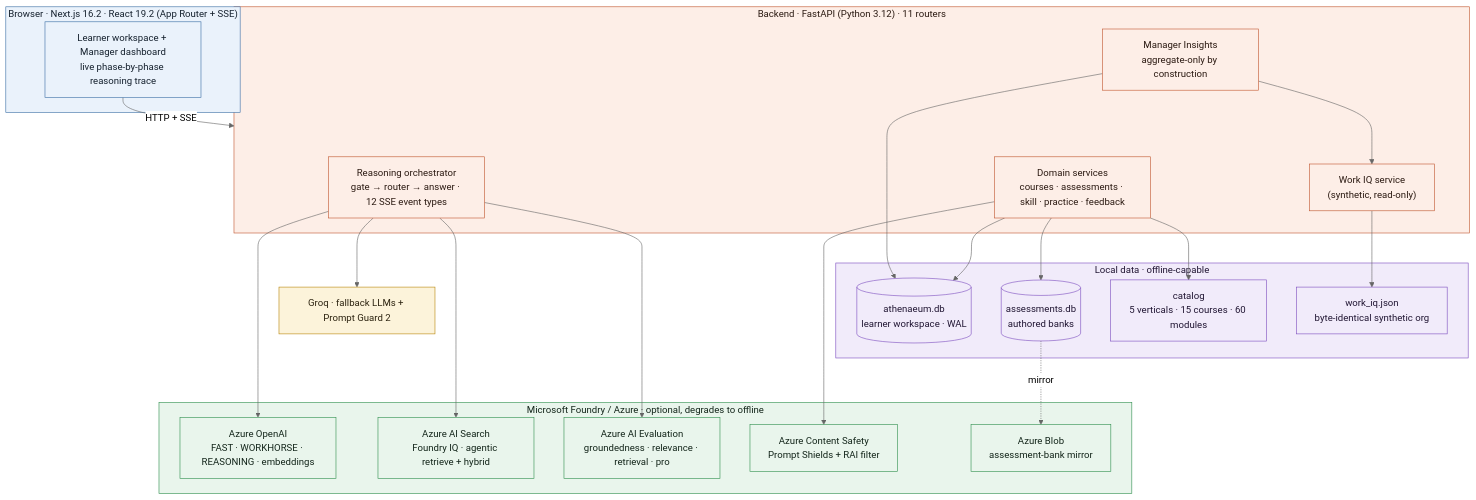
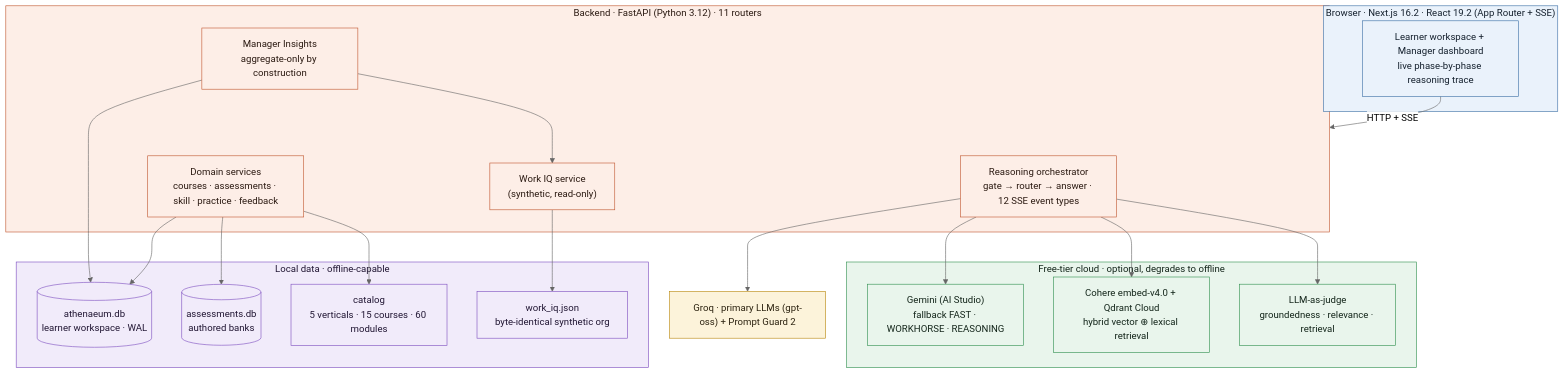
The first of 10 diagrams in README.md (NithishaVenkatesh/athenaeum-multi-agent-system), drawn with Mermaid (neutral theme) before and after one commit. The commit also changed other lines of this file and 65 other files, not shown here.

First line of the commit message:
feat: run on free-tier APIs after Azure credits ended

````diff
--- a/README.md
+++ b/README.md
@@ -88,50 +91,47 @@
 ```mermaid
 flowchart TB
     classDef client fill:#eaf2fb,stroke:#3b6ea5,color:#15212e
     classDef api fill:#fdeee7,stroke:#c0562f,color:#2b1a12
     classDef cloud fill:#e9f5ec,stroke:#2f8f4e,color:#13251a
     classDef groq fill:#fcf3da,stroke:#b8860b,color:#2c2310
     classDef data fill:#f1ebfa,stroke:#7c4dbf,color:#211633
 
     subgraph CLIENT["Browser · Next.js 16.2 · React 19.2 (App Router + SSE)"]
         UI["Learner workspace + Manager dashboard<br/>live phase-by-phase reasoning trace"]
     end
 
     subgraph BACKEND["Backend · FastAPI (Python 3.12) · 11 routers"]
         ORCH["Reasoning orchestrator<br/>gate → router → answer · 12 SSE event types"]
         DOM["Domain services<br/>courses · assessments · skill · practice · feedback"]
         MGR["Manager Insights<br/>aggregate-only by construction"]
         WIQ["Work IQ service<br/>(synthetic, read-only)"]
     end
 
-    subgraph CLOUD["Microsoft Foundry / Azure · optional, degrades to offline"]
-        AOAI["Azure OpenAI<br/>FAST · WORKHORSE · REASONING · embeddings"]
-        SRCH["Azure AI Search<br/>Foundry IQ · agentic retrieve + hybrid"]
-        EVAL["Azure AI Evaluation<br/>groundedness · relevance · retrieval · pro"]
-        CS["Azure Content Safety<br/>Prompt Shields + RAI filter"]
-        BLOB["Azure Blob<br/>assessment-bank mirror"]
+    subgraph CLOUD["Free-tier cloud · optional, degrades to offline"]
+        AOAI["Gemini (AI Studio)<br/>fallback FAST · WORKHORSE · REASONING"]
+        SRCH["Cohere embed-v4.0 + Qdrant Cloud<br/>hybrid vector ⊕ lexical retrieval"]
+        EVAL["LLM-as-judge<br/>groundedness · relevance · retrieval"]
     end
 
-    GROQ["Groq · fallback LLMs + Prompt Guard 2"]
+    GROQ["Groq · primary LLMs (gpt-oss) + Prompt Guard 2"]
 
     subgraph DATA["Local data · offline-capable"]
         DB1[("athenaeum.db<br/>learner workspace · WAL")]
         DB2[("assessments.db<br/>authored banks")]
         CAT["catalog<br/>5 verticals · 15 courses · 60 modules"]
         WJSON["work_iq.json<br/>byte-identical synthetic org"]
     end
 
     UI -->|HTTP + SSE| BACKEND
     ORCH --> AOAI & SRCH & EVAL & GROQ
-    DOM --> CS & DB1 & DB2
-    DB2 -. mirror .-> BLOB
+    DOM --> DB1 & DB2
     DOM --> CAT
     WIQ --> WJSON
     MGR --> WIQ & DB1
 
     class CLIENT,UI client
     class BACKEND,ORCH,DOM,MGR,WIQ api
-    class CLOUD,AOAI,SRCH,EVAL,CS,BLOB cloud
+    class CLOUD,AOAI,SRCH,EVAL cloud
     class GROQ groq
     class DATA,DB1,DB2,CAT,WJSON data
 ```
````
